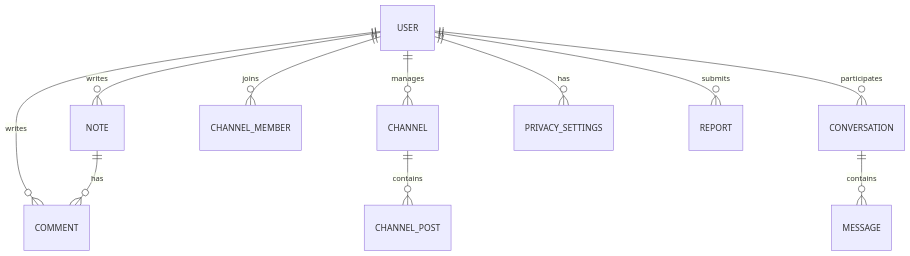
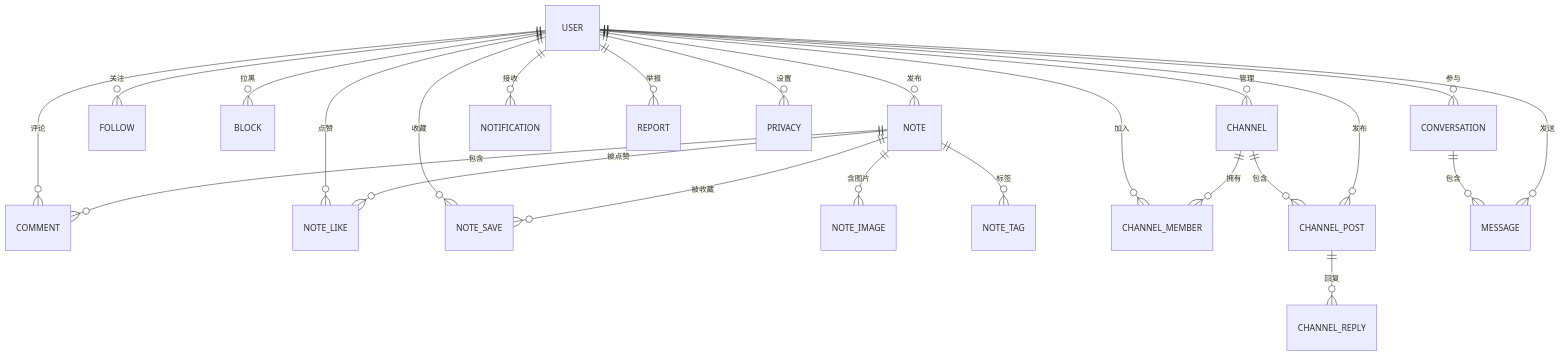
One commit to oliviawxx/whucircle changed diagram 18 of 20 in WHU_Circle_需求建模文档.md. Above: the diagram before and after it, drawn with Mermaid. The commit also changed other lines of this file and 21 other files, not shown here.

````diff
--- a/WHU_Circle_需求建模文档.md
+++ b/WHU_Circle_需求建模文档.md
@@ -174,13 +559,26 @@
 ```mermaid
 erDiagram
-USER ||--o{ NOTE : writes
-USER ||--o{ COMMENT : writes
-NOTE ||--o{ COMMENT : has
-USER ||--o{ CHANNEL : manages
-CHANNEL ||--o{ CHANNEL_POST : contains
-USER ||--o{ CHANNEL_MEMBER : joins
-USER ||--o{ CONVERSATION : participates
-CONVERSATION ||--o{ MESSAGE : contains
-USER ||--o{ PRIVACY_SETTINGS : has
-USER ||--o{ REPORT : submits
+    USER ||--o{ NOTE : 发布
+    USER ||--o{ COMMENT : 评论
+    NOTE ||--o{ COMMENT : 包含
+    USER ||--o{ NOTE_LIKE : 点赞
+    NOTE ||--o{ NOTE_LIKE : 被点赞
+    USER ||--o{ NOTE_SAVE : 收藏
+    NOTE ||--o{ NOTE_SAVE : 被收藏
+    NOTE ||--o{ NOTE_IMAGE : 含图片
+    NOTE ||--o{ NOTE_TAG : 标签
+    USER ||--o{ FOLLOW : 关注
+    USER ||--o{ BLOCK : 拉黑
+    USER ||--o{ CHANNEL : 管理
+    USER ||--o{ CHANNEL_MEMBER : 加入
+    CHANNEL ||--o{ CHANNEL_MEMBER : 拥有
+    CHANNEL ||--o{ CHANNEL_POST : 包含
+    USER ||--o{ CHANNEL_POST : 发布
+    CHANNEL_POST ||--o{ CHANNEL_REPLY : 回复
+    USER ||--o{ CONVERSATION : 参与
+    CONVERSATION ||--o{ MESSAGE : 包含
+    USER ||--o{ MESSAGE : 发送
+    USER ||--o{ NOTIFICATION : 接收
+    USER ||--o{ REPORT : 举报
+    USER ||--o{ PRIVACY : 设置
 ```
````
